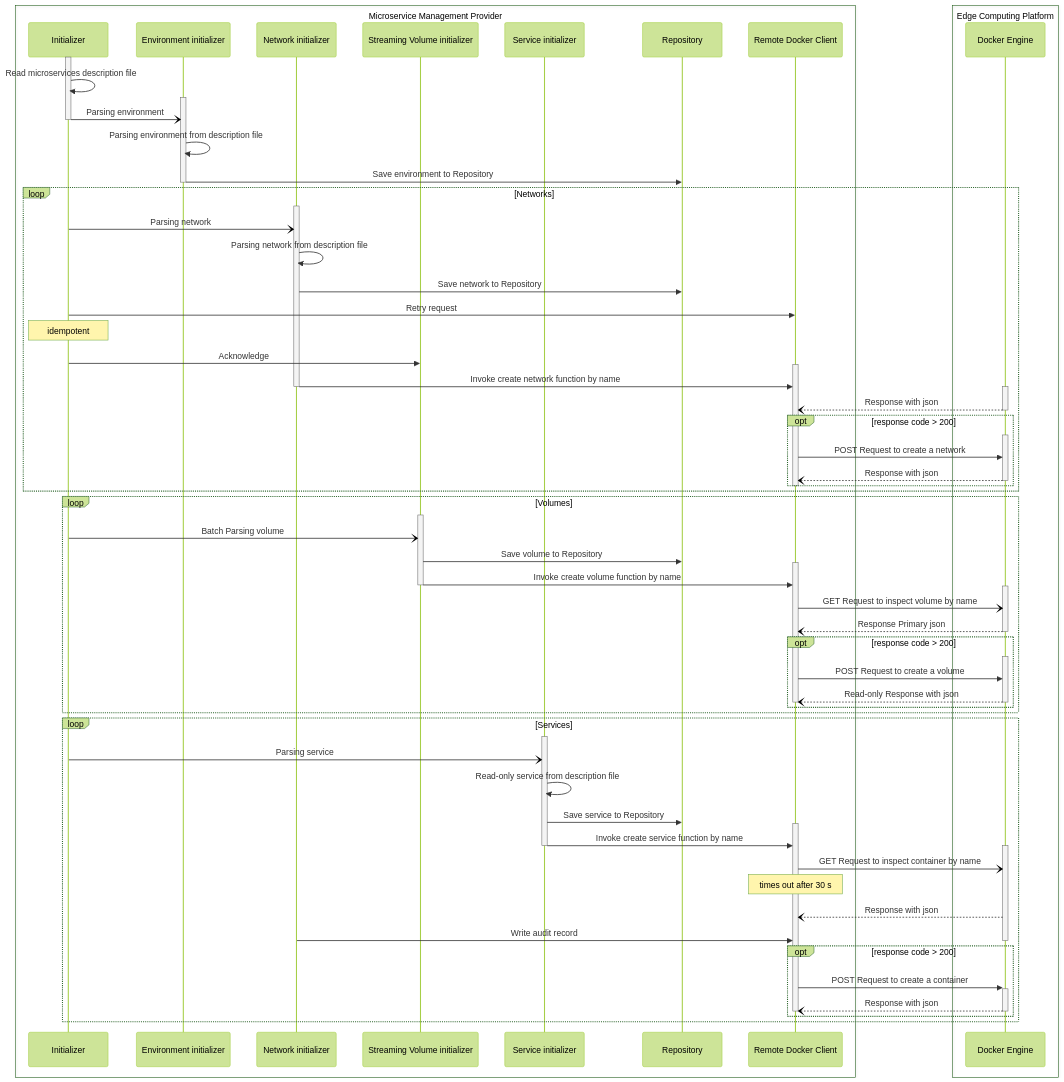
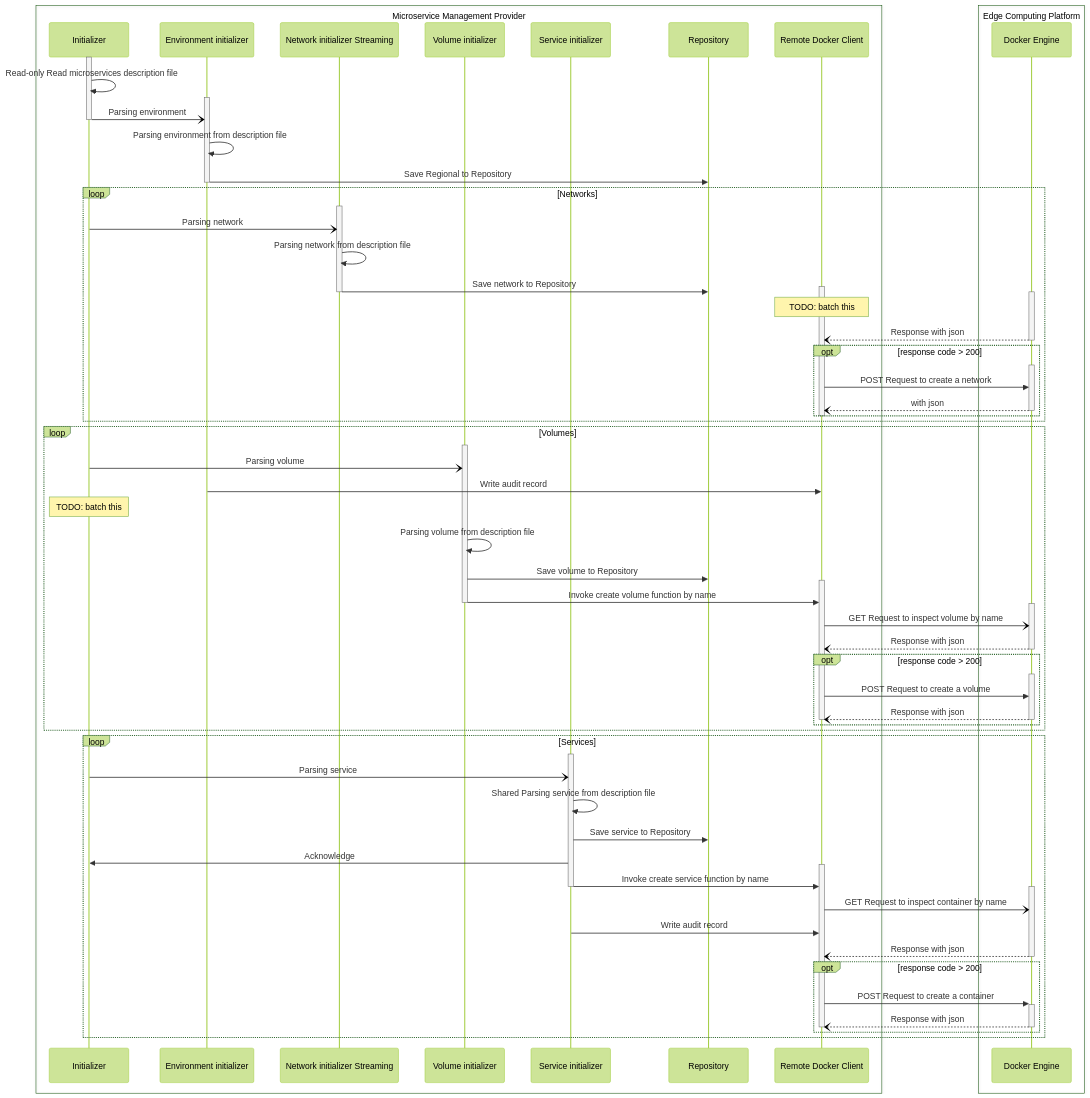
Before and after one commit to udamir/mmdx: the diagram in apps/studio-site/diff-samples/seq-medium.after.mmd, drawn with Mermaid (forest theme). The commit also changed 14 other files, not shown here.

```diff
--- a/apps/studio-site/diff-samples/seq-medium.after.mmd
+++ b/apps/studio-site/diff-samples/seq-medium.after.mmd
@@ -1,124 +1,125 @@
 sequenceDiagram
   box Microservice Management Provider
     participant init as Initializer
     participant env as Environment initializer
-    participant net as Network initializer
-    participant vol as Streaming Volume initializer
+    participant net as Network initializer Streaming
+    participant vol as Volume initializer
     participant svc as Service initializer
     participant repo as Repository
     participant rdc as Remote Docker Client
   end
   box Edge Computing Platform
     participant docker as Docker Engine
   end
 
   activate init
-  init->>init: Read microservices description file
+  init->>init: Read-only Read microservices description file
   activate env
   init-)-env: Parsing environment
   env->>env: Parsing environment from description file
-  env->>repo: Save environment to Repository
+  env->>repo: Save Regional to Repository
   deactivate env
 
   loop Networks
     activate net
     init-)net: Parsing network
     net->>net: Parsing network from description file
     net->>repo: Save network to Repository
-    init->>rdc: Retry request
-  Note over init: idempotent
-    init->>vol: Acknowledge
     activate rdc
-    net->>rdc: Invoke create network function by name
     activate docker
     deactivate net
+  Note over rdc: TODO: batch this
     docker--)rdc: Response with json
     deactivate docker
     opt response code > 200
       activate docker
       rdc->>docker: POST Request to create a network
-      docker--)rdc: Response with json
+      docker--)rdc: with json
       deactivate docker
     end
     deactivate rdc
   end
 
   loop Volumes
     activate vol
-    init-)vol: Batch Parsing volume
+    init-)vol: Parsing volume
+    env->>rdc: Write audit record
+  Note over init: TODO: batch this
+    vol->>vol: Parsing volume from description file
     vol->>repo: Save volume to Repository
     activate rdc
     vol->>rdc: Invoke create volume function by name
     deactivate vol
     activate docker
     rdc-)docker: GET Request to inspect volume by name
-    docker--)rdc: Response Primary json
+    docker--)rdc: Response with json
     deactivate docker
     opt response code > 200
       activate docker
       rdc->>docker: POST Request to create a volume
-      docker--)rdc: Read-only Response with json
+      docker--)rdc: Response with json
       deactivate docker
       deactivate rdc
     end
   end
 
   loop Services
     activate svc
     init-)svc: Parsing service
-    svc->>svc: Read-only service from description file
+    svc->>svc: Shared Parsing service from description file
     svc->>repo: Save service to Repository
+    svc->>init: Acknowledge
     activate rdc
     svc->>rdc: Invoke create service function by name
     activate docker
     deactivate svc
     rdc-)docker: GET Request to inspect container by name
-  Note over rdc: times out after 30 s
+    svc->>rdc: Write audit record
     docker--)rdc: Response with json
-    net->>rdc: Write audit record
     deactivate docker
     opt response code > 200
       rdc->>+docker: POST Request to create a container
       docker--)rdc: Response with json
       deactivate docker
       deactivate rdc
     end
   end
 
 %% ---- diagram-studio layout (safe to keep: Mermaid ignores %% comments) ----
 %%@ canvas {"v":1,"blockSpan":"touched"}
 %%@ participant init {"h":90,"w":250,"wrap":true}
-%%@ participant env {"h":90,"x":436,"w":250,"wrap":true,"fill":"@pale-rose"}
-%%@ participant net {"w":250,"h":90,"x":721,"wrap":true}
-%%@ participant vol {"w":250,"h":90,"x":924,"wrap":true}
+%%@ participant env {"h":90,"x":436,"w":250,"wrap":true,"fill":"@ice"}
+%%@ participant net {"w":250,"h":90,"x":663,"wrap":true}
+%%@ participant vol {"w":250,"h":90,"x":1006,"wrap":true}
 %%@ participant svc {"w":250,"h":90,"x":1290,"wrap":true}
 %%@ participant repo {"w":250,"h":90,"x":1575,"wrap":true}
-%%@ participant rdc {"w":250,"h":90,"wrap":true,"x":1921,"fill":"@pale-rose"}
-%%@ participant docker {"w":250,"h":90,"wrap":true,"x":2320}
+%%@ participant rdc {"w":250,"h":90,"wrap":true,"x":1860,"fill":"@peach"}
+%%@ participant docker {"w":250,"h":90,"wrap":true,"x":2285}
 %%@ message m1 {"labelSize":22}
 %%@ message m2 {"labelSize":22}
 %%@ message m3 {"labelSize":22}
 %%@ message m4 {"labelSize":22}
 %%@ message m5 {"labelSize":22}
 %%@ message m6 {"labelSize":22}
 %%@ message m7 {"labelSize":22}
-%%@ message m10 {"labelSize":22,"dy":-13}
-%%@ message m11 {"labelSize":22,"dy":-10}
-%%@ message m12 {"labelSize":22}
-%%@ message m13 {"labelSize":22,"dy":-9}
-%%@ message m14 {"labelSize":22,"dy":-8}
-%%@ message m15 {"labelSize":22,"dy":-9}
-%%@ message m16 {"labelSize":22,"dy":-15}
-%%@ message m17 {"labelSize":22,"dy":-40}
+%%@ message m8 {"labelSize":22,"dy":-10}
+%%@ message m9 {"labelSize":22}
+%%@ message m17 {"labelSize":22,"dy":-9}
+%%@ message m11 {"labelSize":22,"dy":-8}
+%%@ message m13 {"labelSize":22}
+%%@ message m14 {"labelSize":22,"dy":-9}
+%%@ message m15 {"labelSize":22,"dy":-15}
+%%@ message m16 {"labelSize":22,"dy":-40}
 %%@ message m19 {"labelSize":22}
+%%@ message m18 {"labelSize":22}
+%%@ message m27 {"labelSize":22}
+%%@ message m20 {"labelSize":22}
 %%@ message m21 {"labelSize":22}
 %%@ message m22 {"labelSize":22}
-%%@ message m23 {"labelSize":22}
 %%@ message m24 {"labelSize":22,"dy":-3}
 %%@ message m25 {"labelSize":22}
-%%@ message m26 {"labelSize":22}
+%%@ message m29 {"labelSize":22,"dy":-7}
 %%@ message m28 {"labelSize":22}
-%%@ message m29 {"labelSize":22}
 %%@ block b5 {"labelSize":32}
 %%@ block b3 {"labelSize":32,"dy":15}
 %%@ block b1 {"labelSize":32,"dy":-28}
```
